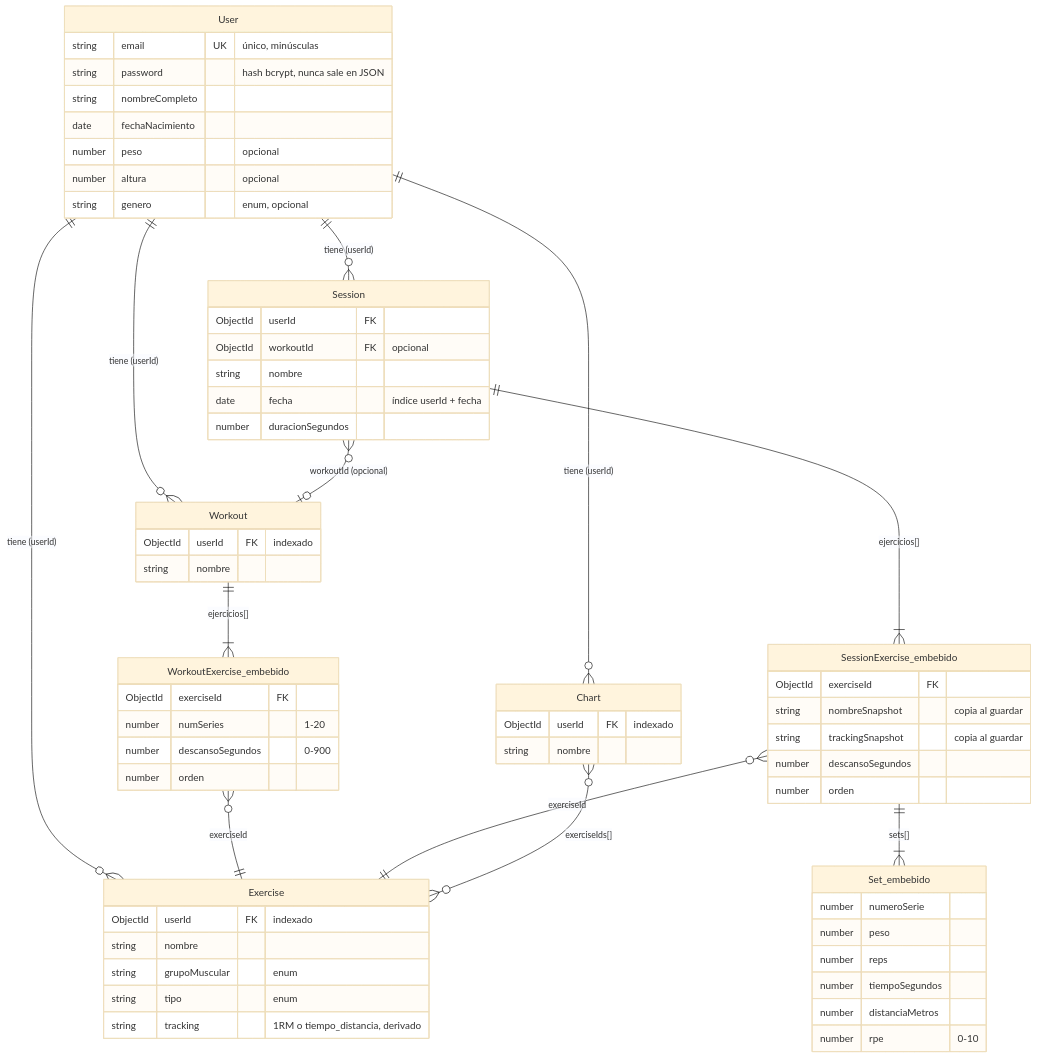
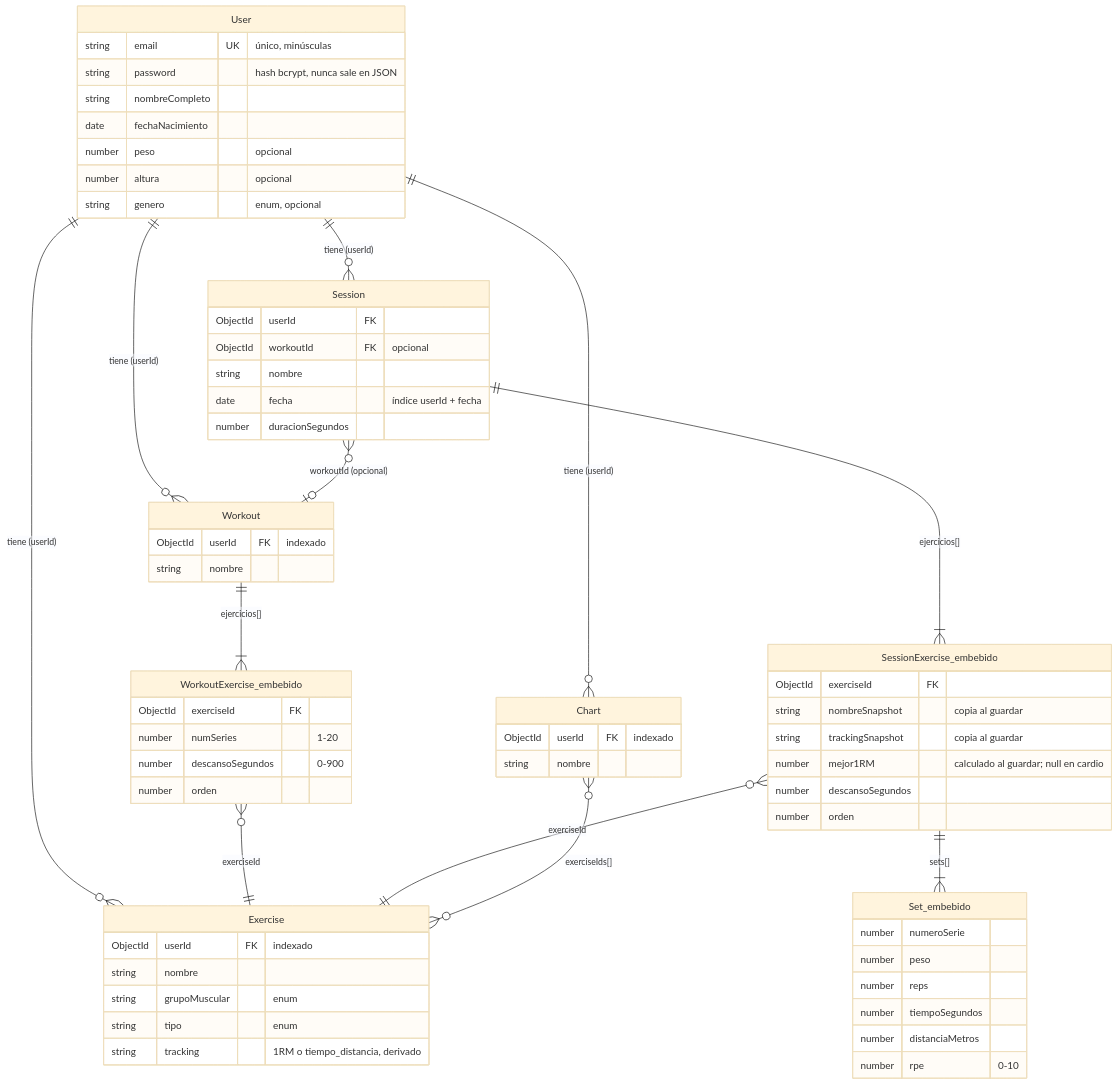
Before and after one commit to daviddhernandez2/yieldfit: the first of 5 diagrams in docs/modelo-datos.md, drawn with Mermaid (base theme). The commit also changed other lines of this file and 5 other files, not shown here.

````diff
--- a/docs/modelo-datos.md
+++ b/docs/modelo-datos.md
@@ -13,69 +13,70 @@
 ```mermaid
 erDiagram
     User ||--o{ Exercise : "tiene (userId)"
     User ||--o{ Workout : "tiene (userId)"
     User ||--o{ Session : "tiene (userId)"
     User ||--o{ Chart : "tiene (userId)"
 
     Workout ||--|{ WorkoutExercise_embebido : "ejercicios[]"
     Session ||--|{ SessionExercise_embebido : "ejercicios[]"
     SessionExercise_embebido ||--|{ Set_embebido : "sets[]"
 
     WorkoutExercise_embebido }o--|| Exercise : "exerciseId"
     SessionExercise_embebido }o--|| Exercise : "exerciseId"
     Session }o--o| Workout : "workoutId (opcional)"
     Chart }o--o{ Exercise : "exerciseIds[]"
 
     User {
         string email UK "único, minúsculas"
         string password "hash bcrypt, nunca sale en JSON"
         string nombreCompleto
         date fechaNacimiento
         number peso "opcional"
         number altura "opcional"
         string genero "enum, opcional"
     }
     Exercise {
         ObjectId userId FK "indexado"
         string nombre
         string grupoMuscular "enum"
         string tipo "enum"
         string tracking "1RM o tiempo_distancia, derivado"
     }
     Workout {
         ObjectId userId FK "indexado"
         string nombre
     }
     WorkoutExercise_embebido {
         ObjectId exerciseId FK
         number numSeries "1-20"
         number descansoSegundos "0-900"
         number orden
     }
     Session {
         ObjectId userId FK
         ObjectId workoutId FK "opcional"
         string nombre
         date fecha "índice userId + fecha"
         number duracionSegundos
     }
     SessionExercise_embebido {
         ObjectId exerciseId FK
         string nombreSnapshot "copia al guardar"
         string trackingSnapshot "copia al guardar"
+        number mejor1RM "calculado al guardar; null en cardio"
         number descansoSegundos
         number orden
     }
     Set_embebido {
         number numeroSerie
         number peso
         number reps
         number tiempoSegundos
         number distanciaMetros
         number rpe "0-10"
     }
     Chart {
         ObjectId userId FK "indexado"
         string nombre
     }
 ```
````
